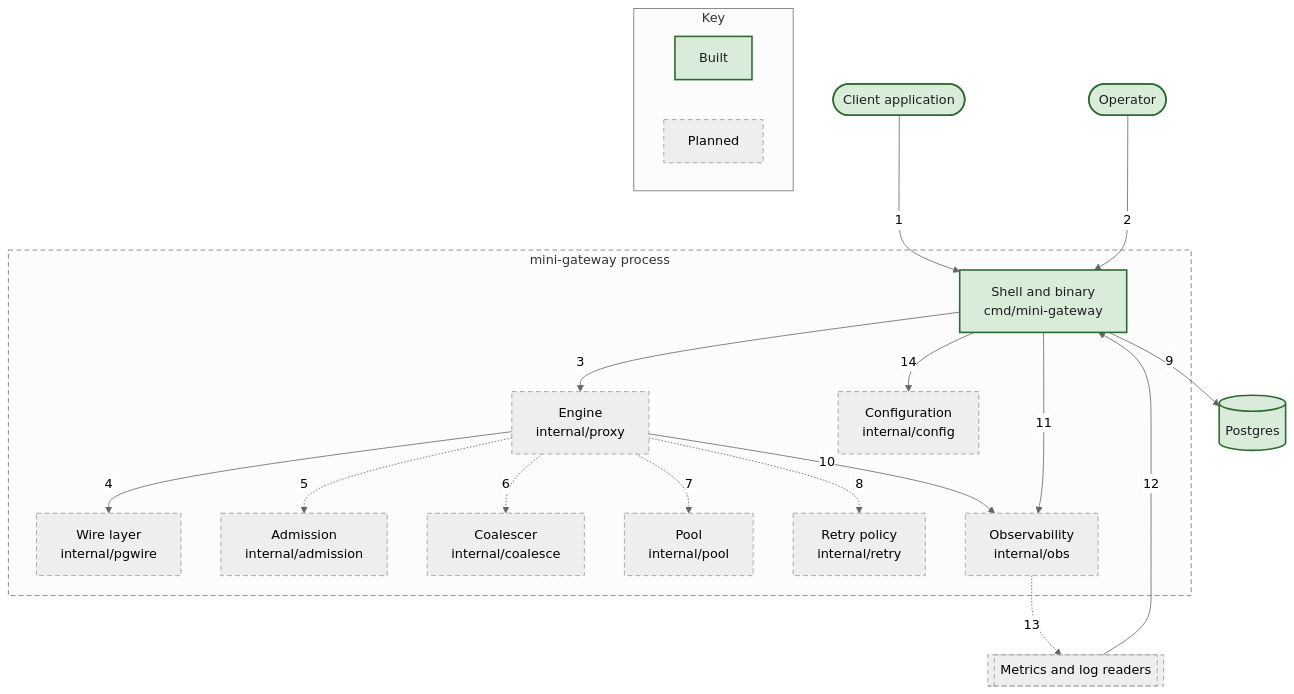
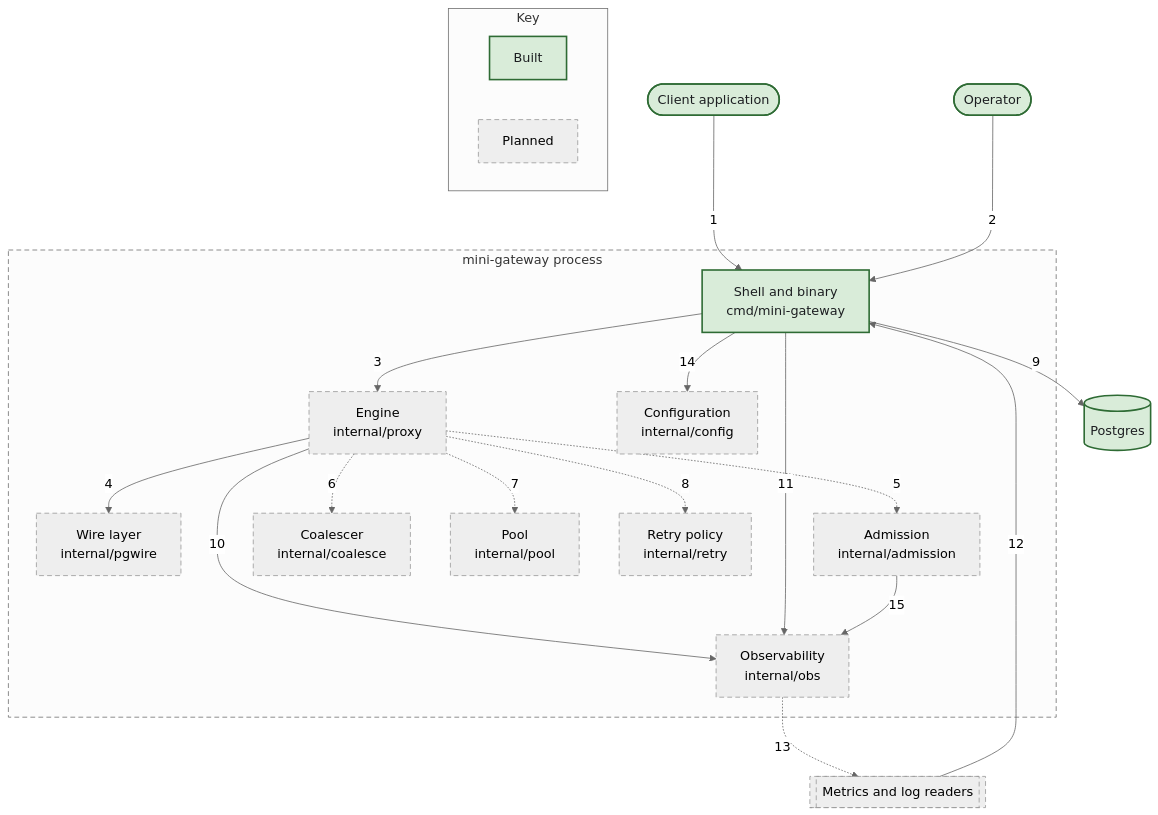
The diagram in docs/c4/diagrams/02-container-request-path.mmd (nickstrad/mini-gateway), drawn with Mermaid (neutral theme) before and after one commit. The commit also changed 18 other files, not shown here.

```diff
--- a/docs/c4/diagrams/02-container-request-path.mmd
+++ b/docs/c4/diagrams/02-container-request-path.mmd
@@ -1,37 +1,38 @@
 flowchart TB
   APP(["Client application"]):::built
   OPERATOR(["Operator"]):::built
   PG[("Postgres")]:::built
   TELEMETRY[["Metrics and log readers"]]:::planned
   subgraph SCOPE["mini-gateway process"]
     C_SHELL["Shell and binary<br/>cmd/mini-gateway"]:::built
     C_ENGINE["Engine<br/>internal/proxy"]:::planned
     C_PGWIRE["Wire layer<br/>internal/pgwire"]:::planned
     C_ADM["Admission<br/>internal/admission"]:::planned
     C_COAL["Coalescer<br/>internal/coalesce"]:::planned
     C_POOL["Pool<br/>internal/pool"]:::planned
     C_RETRY["Retry policy<br/>internal/retry"]:::planned
     C_OBS["Observability<br/>internal/obs"]:::planned
     C_CONFIG["Configuration<br/>internal/config"]:::planned
   end
   APP -->|1| C_SHELL
   OPERATOR -->|2| C_SHELL
   C_SHELL -->|3| C_ENGINE
   C_ENGINE -->|4| C_PGWIRE
   C_ENGINE -.->|5| C_ADM
   C_ENGINE -.->|6| C_COAL
   C_ENGINE -.->|7| C_POOL
   C_ENGINE -.->|8| C_RETRY
   C_SHELL -->|9| PG
   C_ENGINE -->|10| C_OBS
   C_SHELL -->|11| C_OBS
   TELEMETRY -->|12| C_SHELL
   C_OBS -.->|13| TELEMETRY
   C_SHELL -->|14| C_CONFIG
+  C_ADM -->|15| C_OBS
   subgraph KEY["Key"]
     KEY_BUILT["Built"]:::built
     KEY_PLANNED["Planned"]:::planned
   end
   classDef built fill:#d9ecd9,stroke:#2e6b34,stroke-width:2px,color:#1c1e21
   classDef planned stroke-width:1px,stroke-dasharray:6 4
   style SCOPE stroke-dasharray:6 4
```
